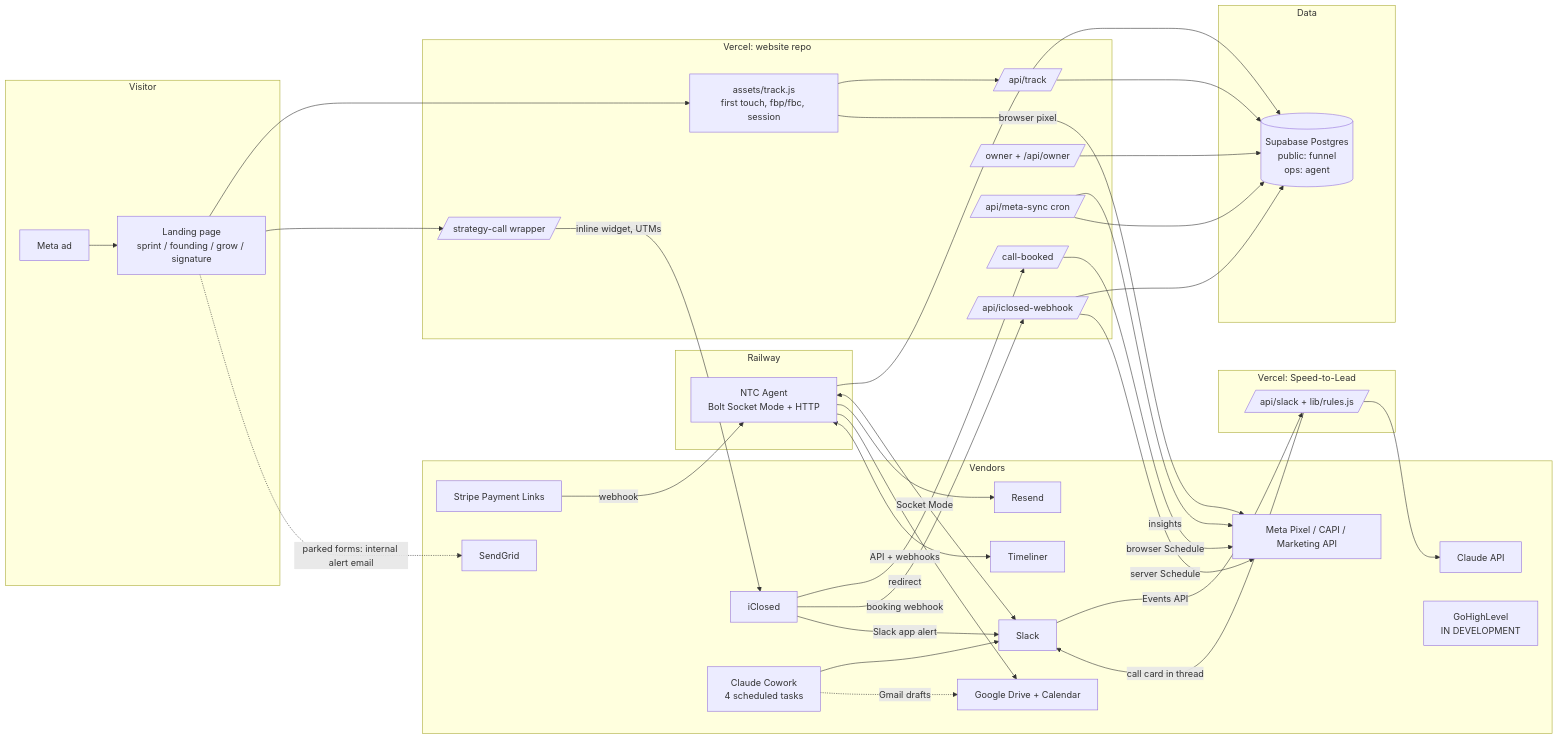
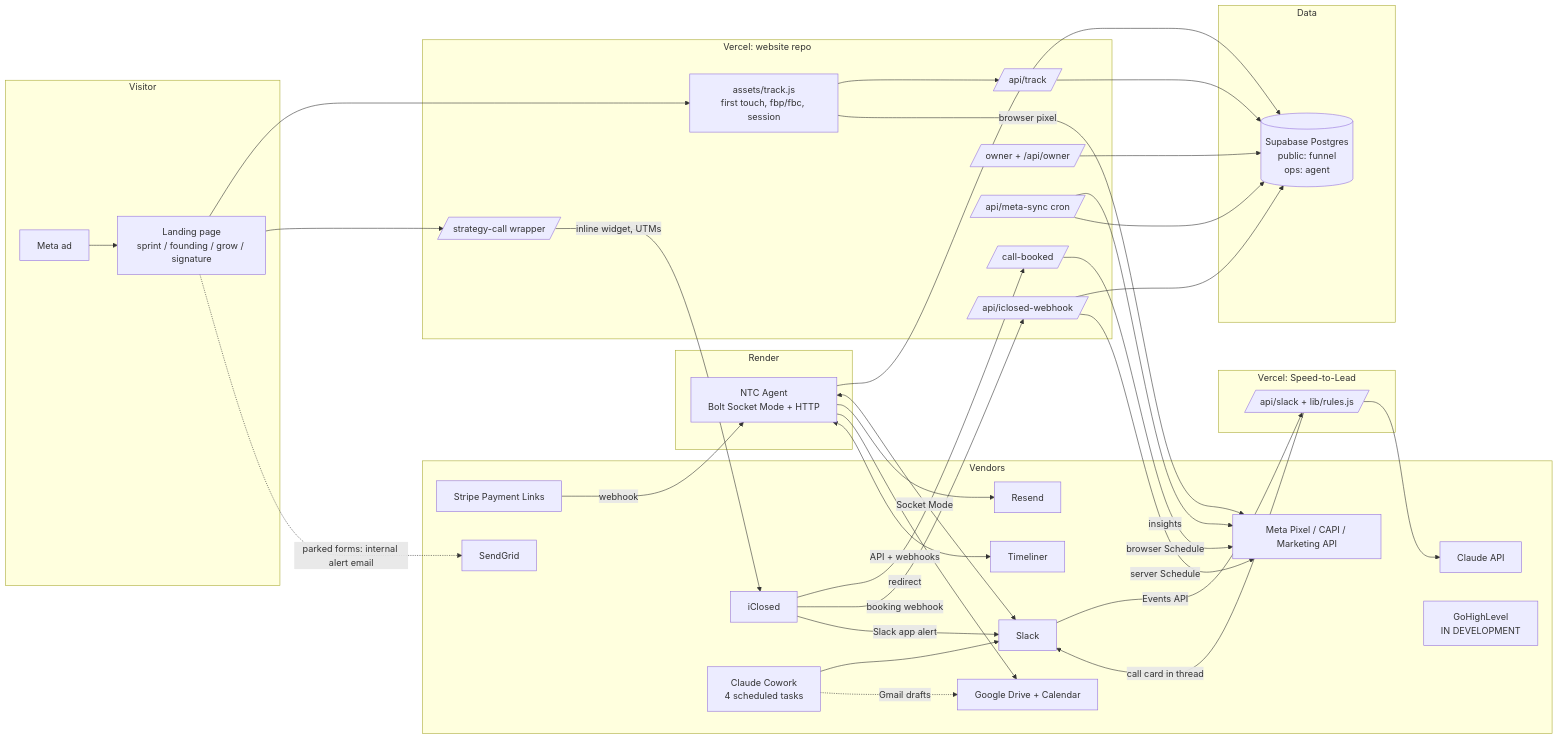
The first of 4 diagrams in docs/ai-operating-system-sourcebook/01-architecture.md (JadonFitz/NewTerrainCreative), drawn with Mermaid before and after one commit. The commit also changed other lines of this file and 9 other files, not shown here.

````diff
--- a/docs/ai-operating-system-sourcebook/01-architecture.md
+++ b/docs/ai-operating-system-sourcebook/01-architecture.md
@@ -17,61 +17,61 @@
 ```mermaid
 flowchart LR
   subgraph Visitor
     AD[Meta ad] --> LP[Landing page<br/>sprint / founding / grow / signature]
   end
   subgraph Vercel_Website[Vercel: website repo]
     LP --> TJS[assets/track.js<br/>first touch, fbp/fbc, session]
     TJS --> TRACK[/api/track/]
     LP --> SC[/strategy-call wrapper/]
     CB[/call-booked/]
     OWN[/owner + /api/owner/]
     MSYNC[/api/meta-sync cron/]
     ICW[/api/iclosed-webhook/]
   end
   subgraph Vercel_STL[Vercel: Speed-to-Lead]
     STL[/api/slack + lib/rules.js/]
   end
-  subgraph Railway
+  subgraph Render
     AGENT[NTC Agent<br/>Bolt Socket Mode + HTTP]
   end
   subgraph Data
     SB[(Supabase Postgres<br/>public: funnel<br/>ops: agent)]
   end
   subgraph Vendors
     META[Meta Pixel / CAPI / Marketing API]
     IC[iClosed]
     SLACK[Slack]
     STRIPE[Stripe Payment Links]
     RESEND[Resend]
     SG[SendGrid]
     GOOG[Google Drive + Calendar]
     TL[Timeliner]
     CLAUDE[Claude API]
     COWORK[Claude Cowork<br/>4 scheduled tasks]
     GHL[GoHighLevel<br/>IN DEVELOPMENT]
   end
   TJS -->|browser pixel| META
   TRACK --> SB
   SC -->|inline widget, UTMs| IC
   IC -->|redirect| CB
   CB -->|browser Schedule| META
   IC -->|booking webhook| ICW
   ICW --> SB
   ICW -->|server Schedule| META
   MSYNC -->|insights| META
   MSYNC --> SB
   OWN --> SB
   IC -->|Slack app alert| SLACK
   SLACK -->|Events API| STL
   STL --> CLAUDE
   STL -->|call card in thread| SLACK
   STRIPE -->|webhook| AGENT
   AGENT --> SB
   AGENT <-->|Socket Mode| SLACK
   AGENT --> RESEND
   AGENT --> GOOG
   AGENT <-->|API + webhooks| TL
   COWORK --> SLACK
   COWORK -.->|Gmail drafts| GOOG
   LP -.->|parked forms: internal alert email| SG
 ```
````
